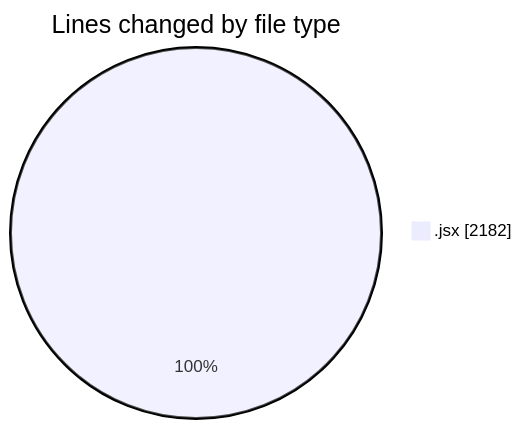
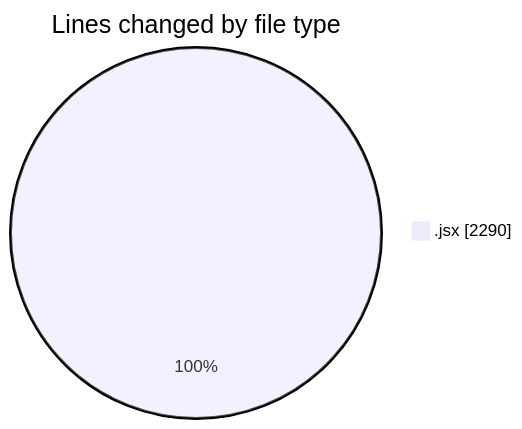
One commit to nxtqubesakshisongat/code-tracking changed the first of 2 diagrams in 2026-01-12/nxtqube_webapp/README.md. Above: the diagram before and after it, drawn with Mermaid. The commit also changed other lines of this file and 1 other file, not shown here.

````diff
--- a/2026-01-12/nxtqube_webapp/README.md
+++ b/2026-01-12/nxtqube_webapp/README.md
@@ -22,5 +23,5 @@
 ```mermaid
 pie showData
 title Lines changed by file type
-".jsx" : 2182
+".jsx" : 2290
 ```
````
